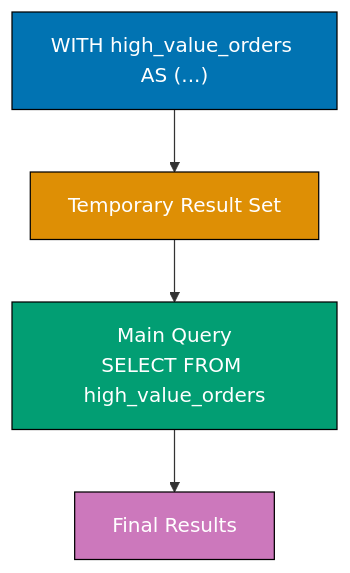
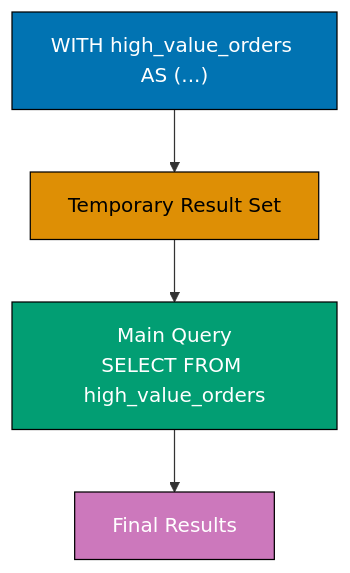
One commit to wahidyankf/open-sharia-enterprise changed the first of 12 diagrams in apps/ayokoding-web/content/en/learn/software-engineering/data/databases/postgresql/by-example/intermediate.md. Above: the diagram before and after it, drawn with Mermaid. The commit also changed other lines of this file and 157 other files, not shown here.

````diff
--- a/apps/ayokoding-web/content/en/learn/software-engineering/data/databases/postgresql/by-example/intermediate.md
+++ b/apps/ayokoding-web/content/en/learn/software-engineering/data/databases/postgresql/by-example/intermediate.md
@@ -16,17 +18,17 @@
 ```mermaid
 %% Color Palette: Blue #0173B2, Orange #DE8F05, Teal #029E73, Purple #CC78BC, Brown #CA9161
 graph TD
     A["WITH high_value_orders AS (...)"]
     B["Temporary Result Set"]
     C["Main Query<br/>SELECT FROM high_value_orders"]
     D["Final Results"]
 
     A --> B
     B --> C
     C --> D
 
     style A fill:#0173B2,stroke:#000,color:#fff
-    style B fill:#DE8F05,stroke:#000,color:#fff
+    style B fill:#DE8F05,stroke:#000,color:#000
     style C fill:#029E73,stroke:#000,color:#fff
     style D fill:#CC78BC,stroke:#000,color:#fff
 ```
````
